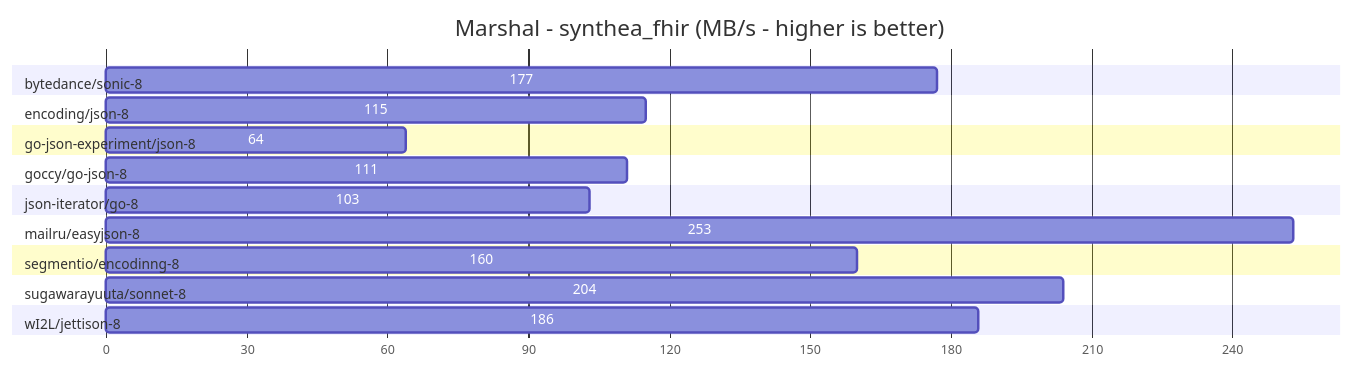
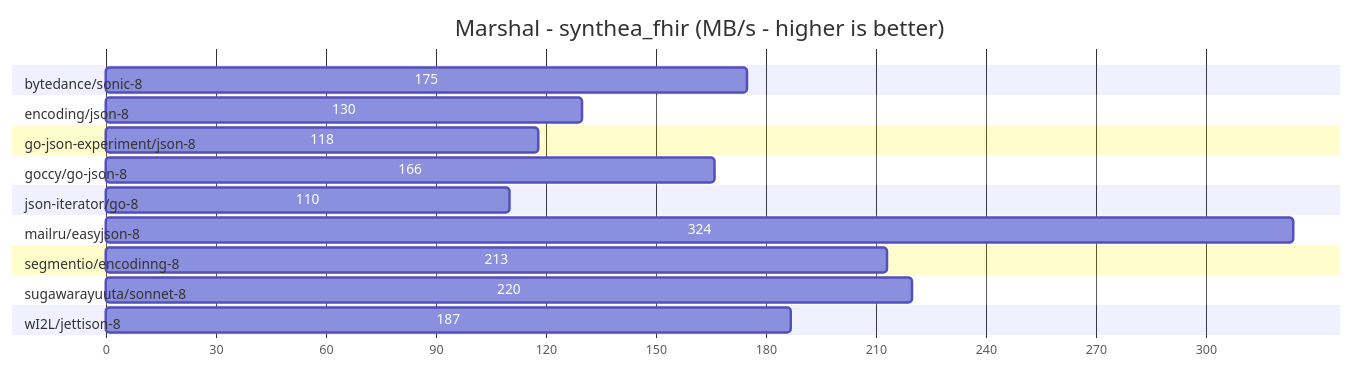
One commit to spywiree-priv/go-json-benchmark changed the fifth of 12 diagrams in README.md. Above: the diagram before and after it, drawn with Mermaid. The commit also changed other lines of this file and 2 other files, not shown here.

````diff
--- a/README.md
+++ b/README.md
@@ -105,25 +105,25 @@
 ```mermaid
 gantt
 title Marshal - synthea_fhir (MB/s - higher is better)
 dateFormat X
 axisFormat %s
 
 section bytedance/sonic-8                    
-177 :0, 177
+175 :0, 175
 section encoding/json-8                      
-115 :0, 115
+130 :0, 130
 section go-json-experiment/json-8            
-64 :0, 64
+118 :0, 118
 section goccy/go-json-8                      
-111 :0, 111
+166 :0, 166
 section json-iterator/go-8                   
-103 :0, 103
+110 :0, 110
 section mailru/easyjson-8                    
-253 :0, 253
+324 :0, 324
 section segmentio/encodinng-8                
-160 :0, 160
+213 :0, 213
 section sugawarayuuta/sonnet-8               
-204 :0, 204
+220 :0, 220
 section wI2L/jettison-8                      
-186 :0, 186
+187 :0, 187
 ```
````
